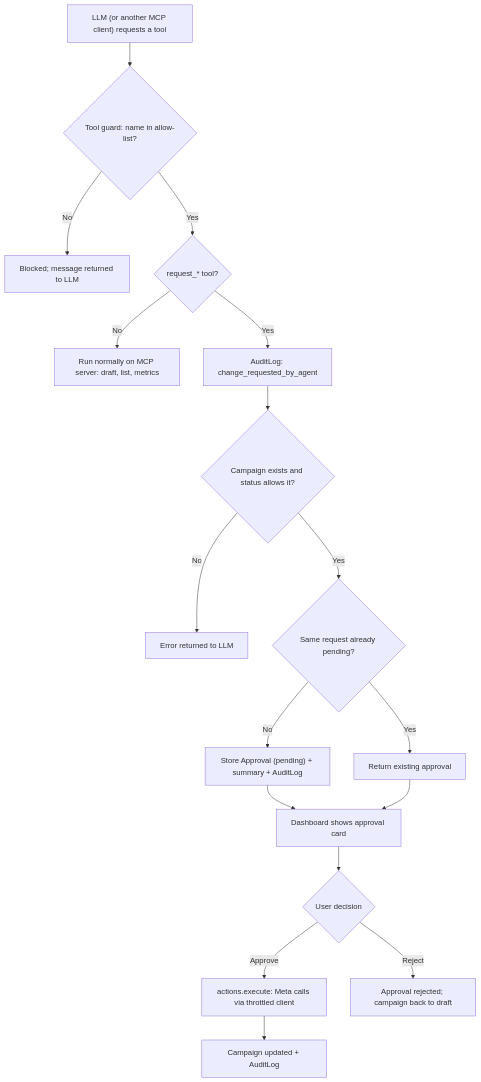
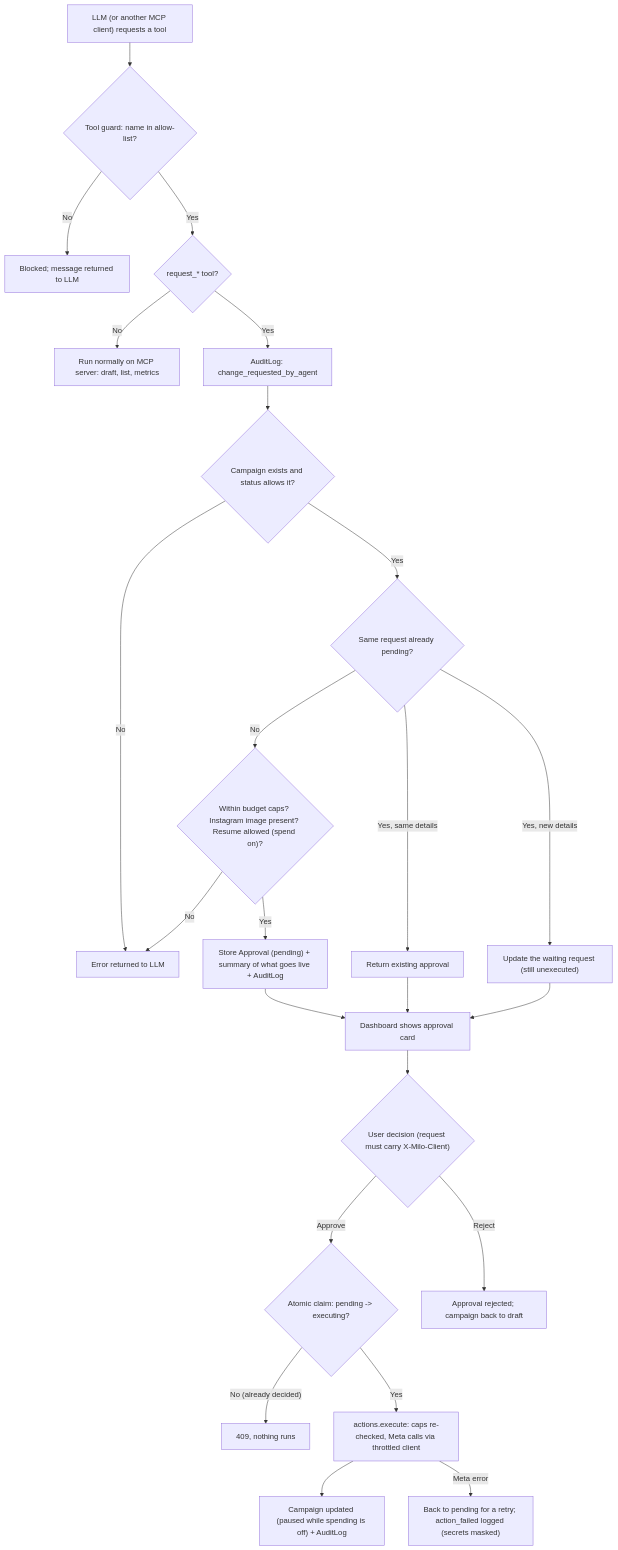
One commit to Deora88/milo-marketing-agent changed the fourth of 9 diagrams in ARCHITECTURE.md. Above: the diagram before and after it, drawn with Mermaid. The commit also changed other lines of this file and 47 other files, not shown here.

Commit message:
MongoDB, live FB+IG with spend safety, review fixes, FLUX.1 [schnell] ad images

````diff
--- a/ARCHITECTURE.md
+++ b/ARCHITECTURE.md
@@ -203,18 +216,25 @@
 ```mermaid
 flowchart TD
     A["LLM (or another MCP client) requests a tool"] --> G{"Tool guard: name in allow-list?"}
     G -- No --> X["Blocked; message returned to LLM"]
     G -- Yes --> B{"request_* tool?"}
     B -- No --> C["Run normally on MCP server: draft, list, metrics"]
     B -- Yes --> AU["AuditLog: change_requested_by_agent"] --> D{"Campaign exists and status allows it?"}
     D -- No --> E["Error returned to LLM"]
     D -- Yes --> DUP{"Same request already pending?"}
-    DUP -- Yes --> P["Return existing approval"]
-    DUP -- No --> F["Store Approval (pending) + summary + AuditLog"]
+    DUP -- "Yes, same details" --> P["Return existing approval"]
+    DUP -- "Yes, new details" --> UPD["Update the waiting request (still unexecuted)"]
+    DUP -- No --> CAP{"Within budget caps? Instagram image present? Resume allowed (spend on)?"}
+    CAP -- No --> E
+    CAP -- Yes --> F["Store Approval (pending) + summary of what goes live + AuditLog"]
     F --> H["Dashboard shows approval card"]
     P --> H
-    H --> I{"User decision"}
-    I -- Approve --> J["actions.execute: Meta calls via throttled client"]
+    UPD --> H
+    H --> I{"User decision (request must carry X-Milo-Client)"}
+    I -- Approve --> CL{"Atomic claim: pending -> executing?"}
+    CL -- "No (already decided)" --> Z["409, nothing runs"]
+    CL -- Yes --> J["actions.execute: caps re-checked, Meta calls via throttled client"]
     I -- Reject --> K["Approval rejected; campaign back to draft"]
-    J --> L["Campaign updated + AuditLog"]
+    J --> L["Campaign updated (paused while spending is off) + AuditLog"]
+    J -- "Meta error" --> RB["Back to pending for a retry; action_failed logged (secrets masked)"]
 ```
````
